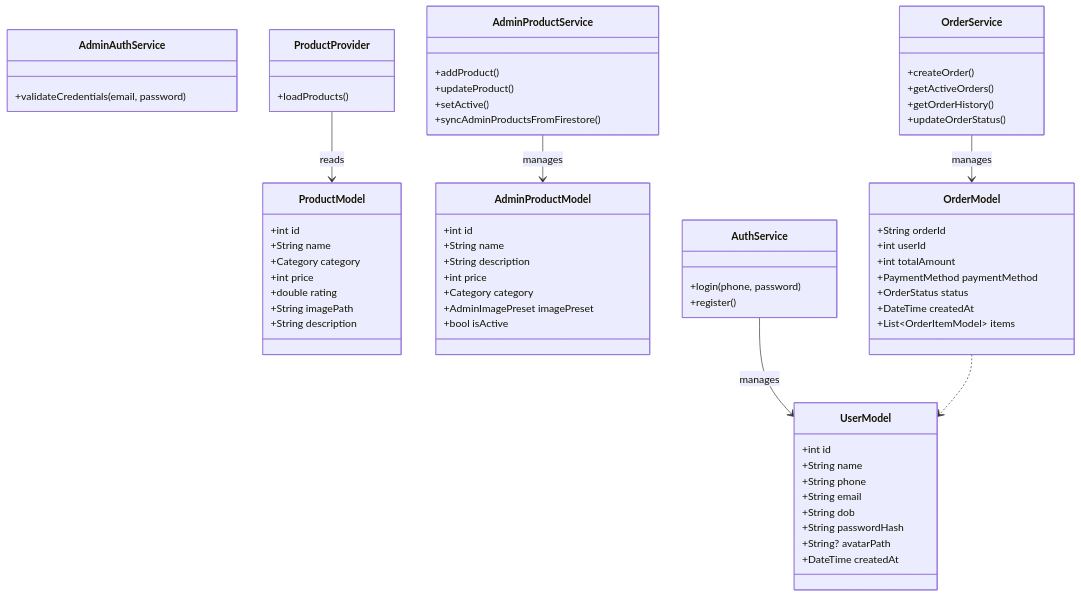
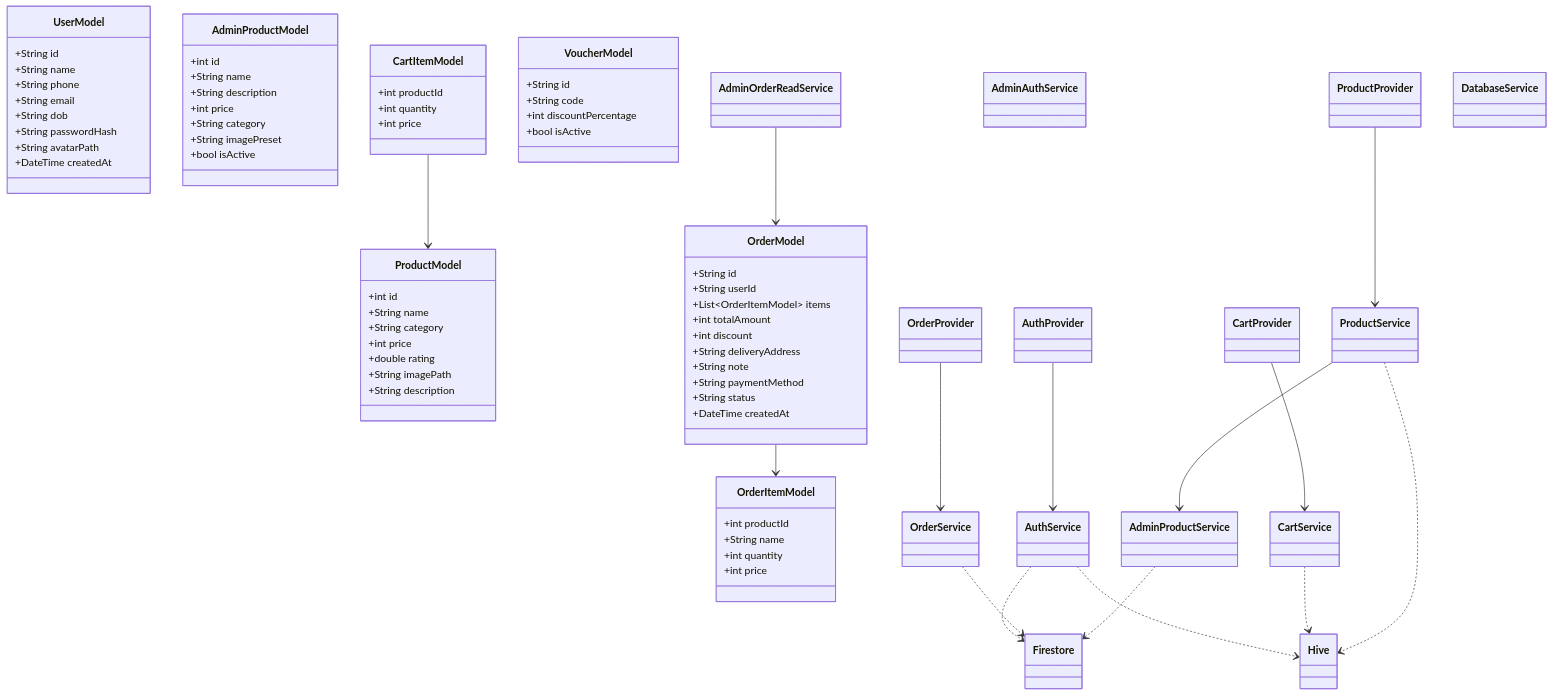
One commit to hdungx0795/AnNgon_Dung_Hiep_Khuong_N03_1_2026 changed the second of 7 diagrams in docs/system_design.md. Above: the diagram before and after it, drawn with Mermaid. The commit also changed other lines of this file and 5 other files, not shown here.

````diff
--- a/docs/system_design.md
+++ b/docs/system_design.md
@@ -15,19 +21,20 @@
 ```mermaid
 classDiagram
+    %% Models
     class UserModel {
-        +int id
+        +String id
         +String name
         +String phone
         +String email
         +String dob
         +String passwordHash
-        +String? avatarPath
+        +String avatarPath
         +DateTime createdAt
     }
     class ProductModel {
         +int id
         +String name
-        +Category category
+        +String category
         +int price
         +double rating
         +String imagePath
@@ -38,45 +45,79 @@
         +String name
         +String description
         +int price
-        +Category category
-        +AdminImagePreset imagePreset
+        +String category
+        +String imagePreset
         +bool isActive
     }
+    class CartItemModel {
+        +int productId
+        +int quantity
+        +int price
+    }
+    class OrderItemModel {
+        +int productId
+        +String name
+        +int quantity
+        +int price
+    }
     class OrderModel {
-        +String orderId
-        +int userId
+        +String id
+        +String userId
+        +List~OrderItemModel~ items
         +int totalAmount
-        +PaymentMethod paymentMethod
-        +OrderStatus status
+        +int discount
+        +String deliveryAddress
+        +String note
+        +String paymentMethod
+        +String status
         +DateTime createdAt
-        +List~OrderItemModel~ items
     }
-    class AuthService {
-        +login(phone, password)
-        +register()
-    }
-    class AdminAuthService {
-        +validateCredentials(email, password)
-    }
-    class ProductProvider {
-        +loadProducts()
-    }
-    class AdminProductService {
-        +addProduct()
-        +updateProduct()
-        +setActive()
-        +syncAdminProductsFromFirestore()
-    }
-    class OrderService {
-        +createOrder()
-        +getActiveOrders()
-        +getOrderHistory()
-        +updateOrderStatus()
+    class VoucherModel {
+        +String id
+        +String code
+        +int discountPercentage
+        +bool isActive
     }
 
-    AuthService --> UserModel : manages
-    ProductProvider --> ProductModel : reads
-    AdminProductService --> AdminProductModel : manages
-    OrderService --> OrderModel : manages
-    OrderModel ..> UserModel
+    %% Providers
+    class AuthProvider
+    class ProductProvider
+    class CartProvider
+    class OrderProvider
+
+    %% Services
+    class AuthService
+    class AdminAuthService
+    class ProductService
+    class AdminProductService
+    class CartService
+    class OrderService
+    class AdminOrderReadService
+    class DatabaseService
+
+    %% DB Notes
+    class Firestore
+    class Hive
+
+    %% Relations Models
+    CartItemModel --> ProductModel
+    OrderModel --> OrderItemModel
+    
+    %% Relations Provider-Service
+    AuthProvider --> AuthService
+    ProductProvider --> ProductService
+    CartProvider --> CartService
+    OrderProvider --> OrderService
+    
+    %% Relations Service-Service
+    ProductService --> AdminProductService
+    AdminOrderReadService --> OrderModel
+    
+    %% Relations Service-DB
+    AuthService ..> Firestore
+    AuthService ..> Hive
+    CartService ..> Hive
+    OrderService ..> Firestore
+    AdminProductService ..> Firestore
+    ProductService ..> Hive
 ```
````
